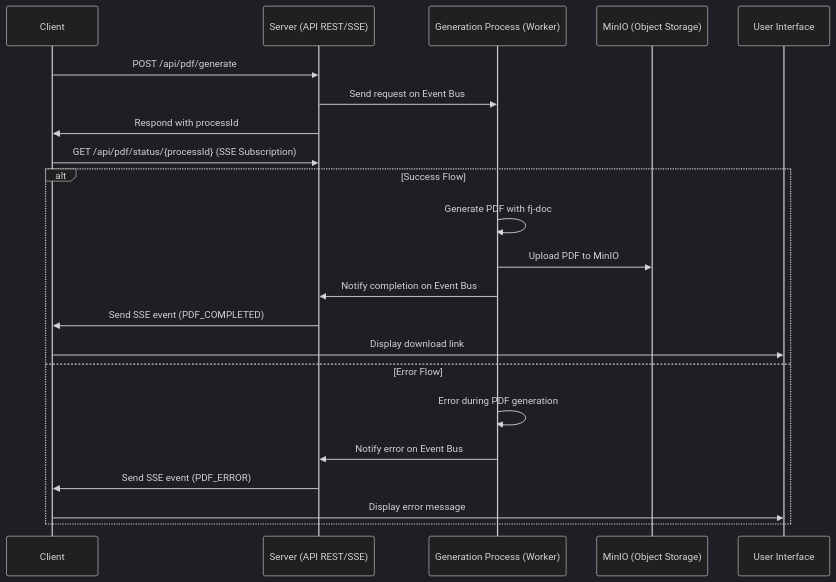
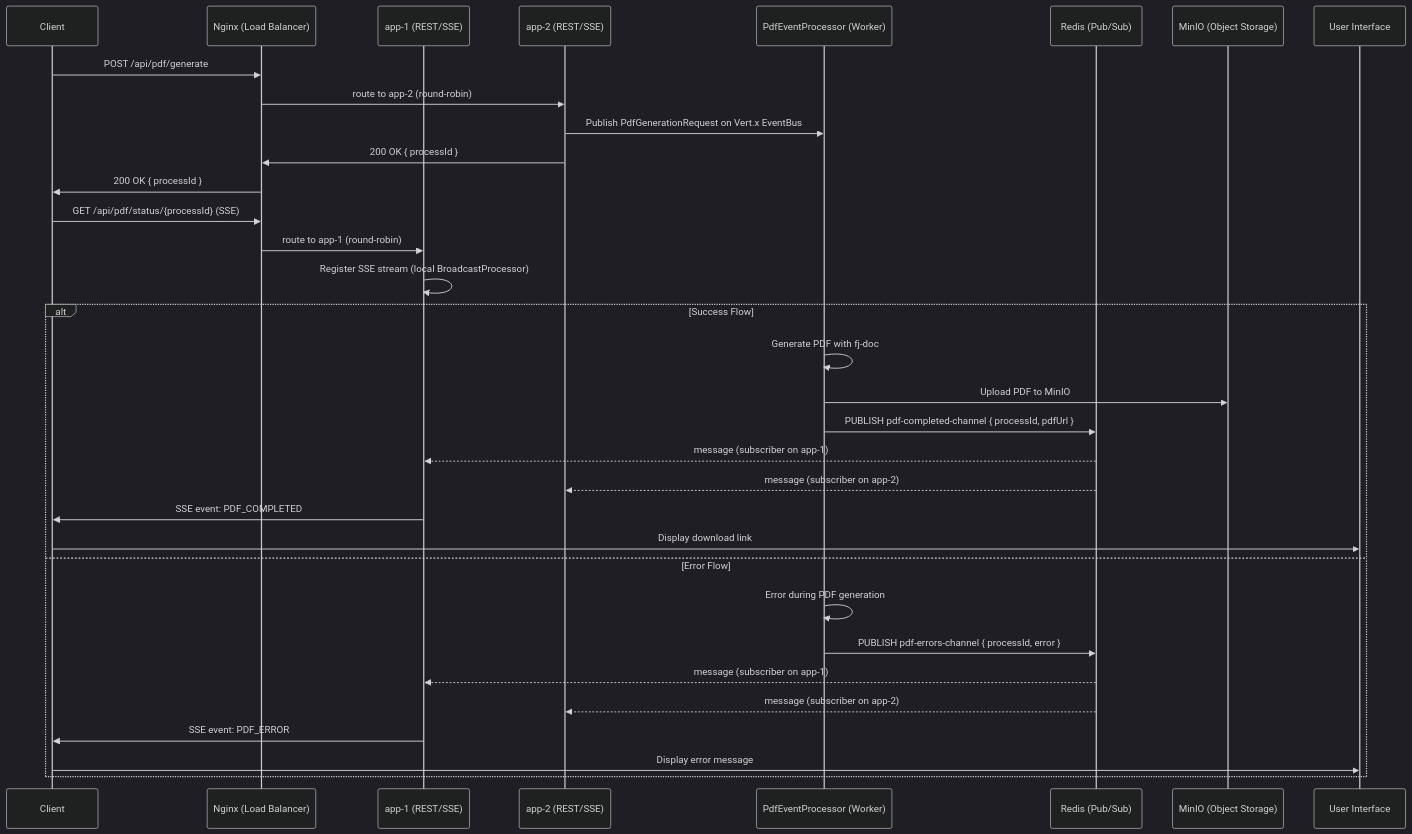
One commit to amusarra/quarkus-sse-poc changed the diagram in README.md. Above: the diagram before and after it, drawn with Mermaid (dark theme). The commit also changed other lines of this file and 15 other files, not shown here.

First line of the commit message:
Feature/redis pub sub sse broadcaster (#3)

````diff
--- a/README.md
+++ b/README.md
@@ -23,26 +21,38 @@
 ```mermaid
 sequenceDiagram
     participant A as Client
-    participant B as Server (API REST/SSE)
-    participant C as Generation Process (Worker)
+    participant N as Nginx (Load Balancer)
+    participant B1 as app-1 (REST/SSE)
+    participant B2 as app-2 (REST/SSE)
+    participant C as PdfEventProcessor (Worker)
+    participant R as Redis (Pub/Sub)
     participant D as MinIO (Object Storage)
     participant E as User Interface
 
-    A->>B: POST /api/pdf/generate
-    B->>C: Send request on Event Bus
-    B->>A: Respond with processId
-    A->>B: GET /api/pdf/status/{processId} (SSE Subscription)
+    A->>N: POST /api/pdf/generate
+    N->>B2: route to app-2 (round-robin)
+    B2->>C: Publish PdfGenerationRequest on Vert.x EventBus
+    B2->>N: 200 OK { processId }
+    N->>A: 200 OK { processId }
+
+    A->>N: GET /api/pdf/status/{processId} (SSE)
+    N->>B1: route to app-1 (round-robin)
+    B1->>B1: Register SSE stream (local BroadcastProcessor)
 
     alt Success Flow
         C->>C: Generate PDF with fj-doc
         C->>D: Upload PDF to MinIO
-        C->>B: Notify completion on Event Bus
-        B->>A: Send SSE event (PDF_COMPLETED)
+        C->>R: PUBLISH pdf-completed-channel { processId, pdfUrl }
+        R-->>B1: message (subscriber on app-1)
+        R-->>B2: message (subscriber on app-2)
+        B1->>A: SSE event: PDF_COMPLETED
         A->>E: Display download link
     else Error Flow
         C->>C: Error during PDF generation
-        C->>B: Notify error on Event Bus
-        B->>A: Send SSE event (PDF_ERROR)
+        C->>R: PUBLISH pdf-errors-channel { processId, error }
+        R-->>B1: message (subscriber on app-1)
+        R-->>B2: message (subscriber on app-2)
+        B1->>A: SSE event: PDF_ERROR
         A->>E: Display error message
     end
 ```
````
